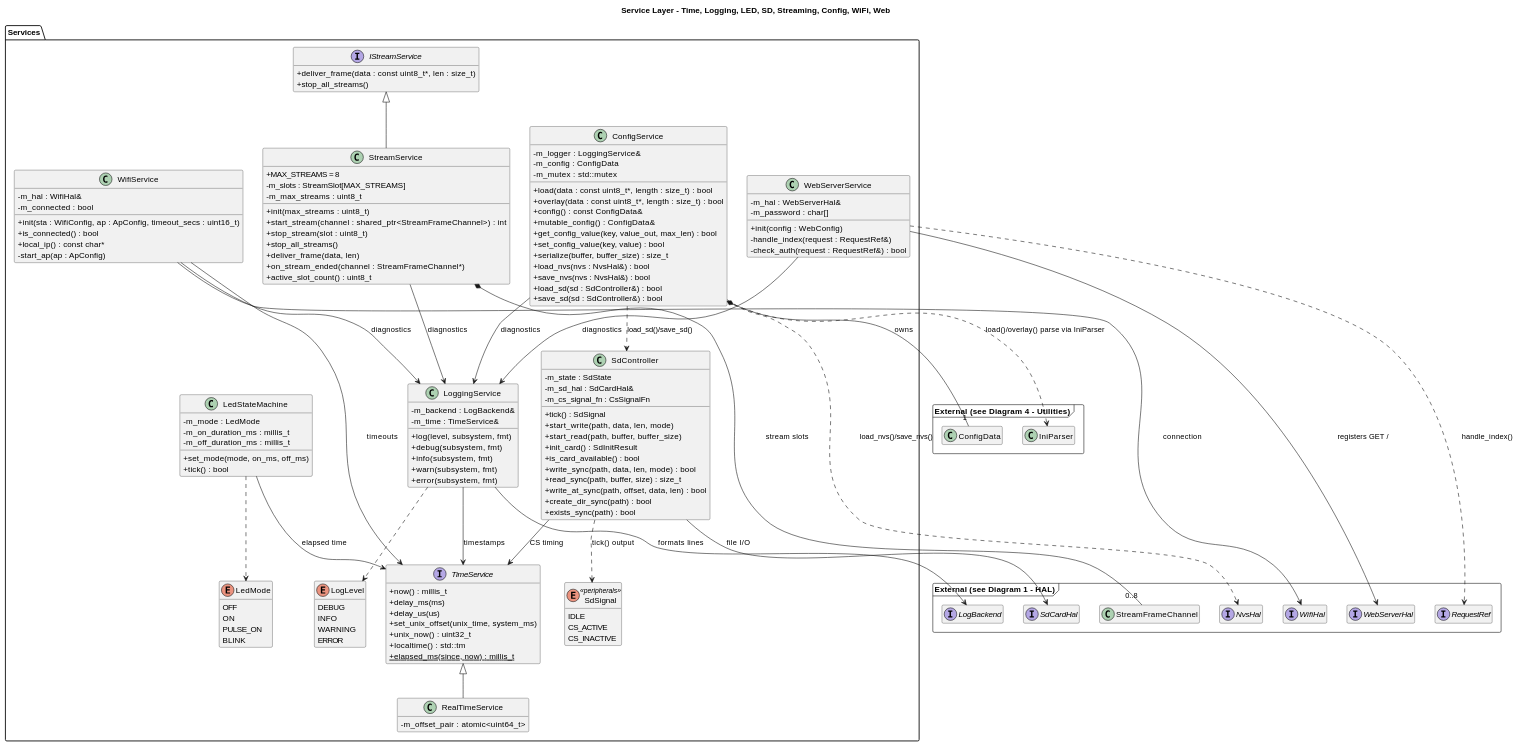
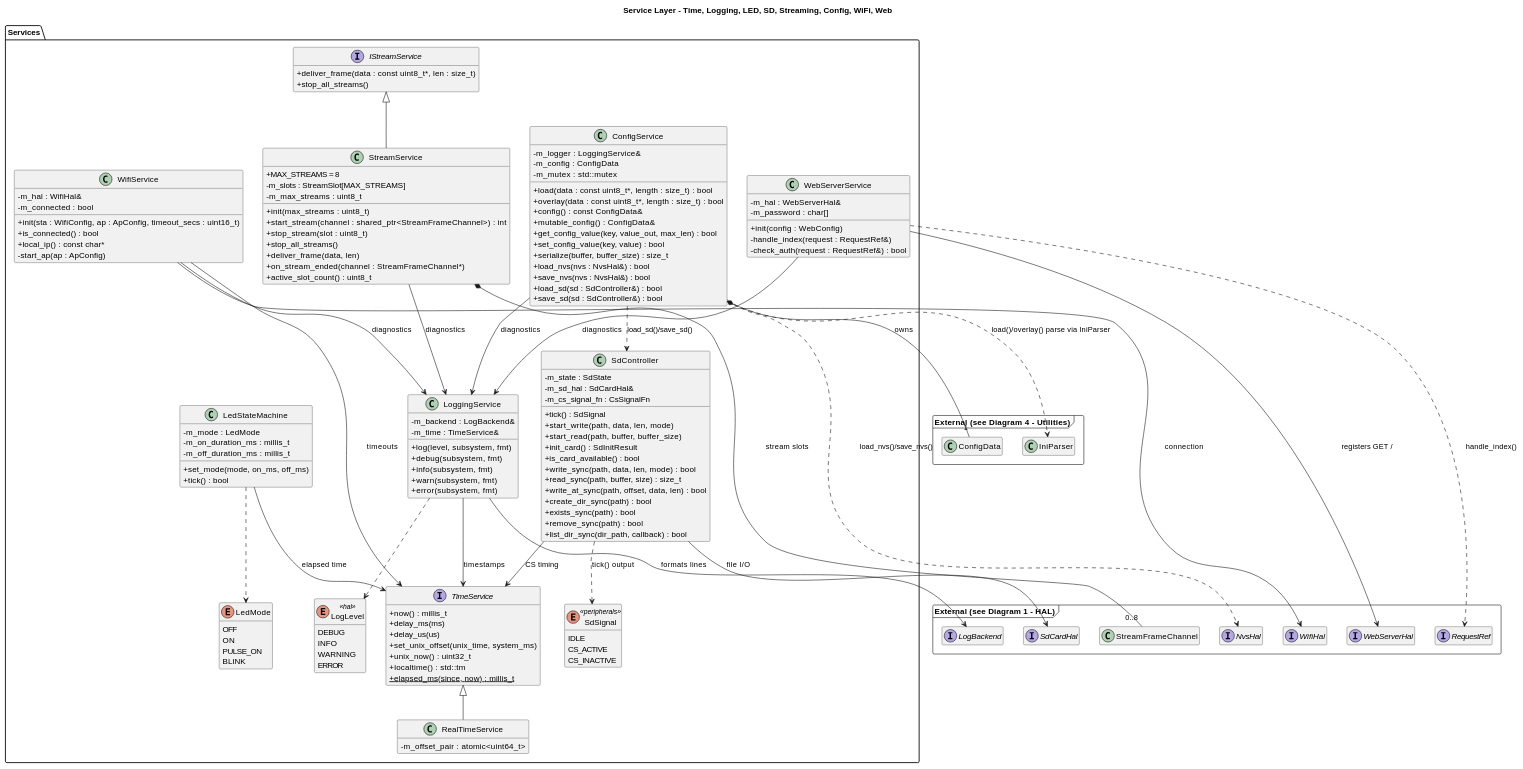
The second of 9 diagrams in docs/SYSTEM_DESIGN.md (timwalsh41/micro-security-cam), drawn with PlantUML before and after one commit. The commit also changed other lines of this file and 29 other files, not shown here.

```diff
--- a/docs/SYSTEM_DESIGN.md
+++ b/docs/SYSTEM_DESIGN.md
@@ -349,7 +387,7 @@
         -m_offset_pair : atomic<uint64_t>
     }
 
-    enum LogLevel {
+    enum LogLevel <<hal>> {
         DEBUG
         INFO
         WARNING
@@ -401,6 +439,8 @@
         +write_at_sync(path, offset, data, len) : bool
         +create_dir_sync(path) : bool
         +exists_sync(path) : bool
+        +remove_sync(path) : bool
+        +list_dir_sync(dir_path, callback) : bool
     }
 
     interface IStreamService {
```
